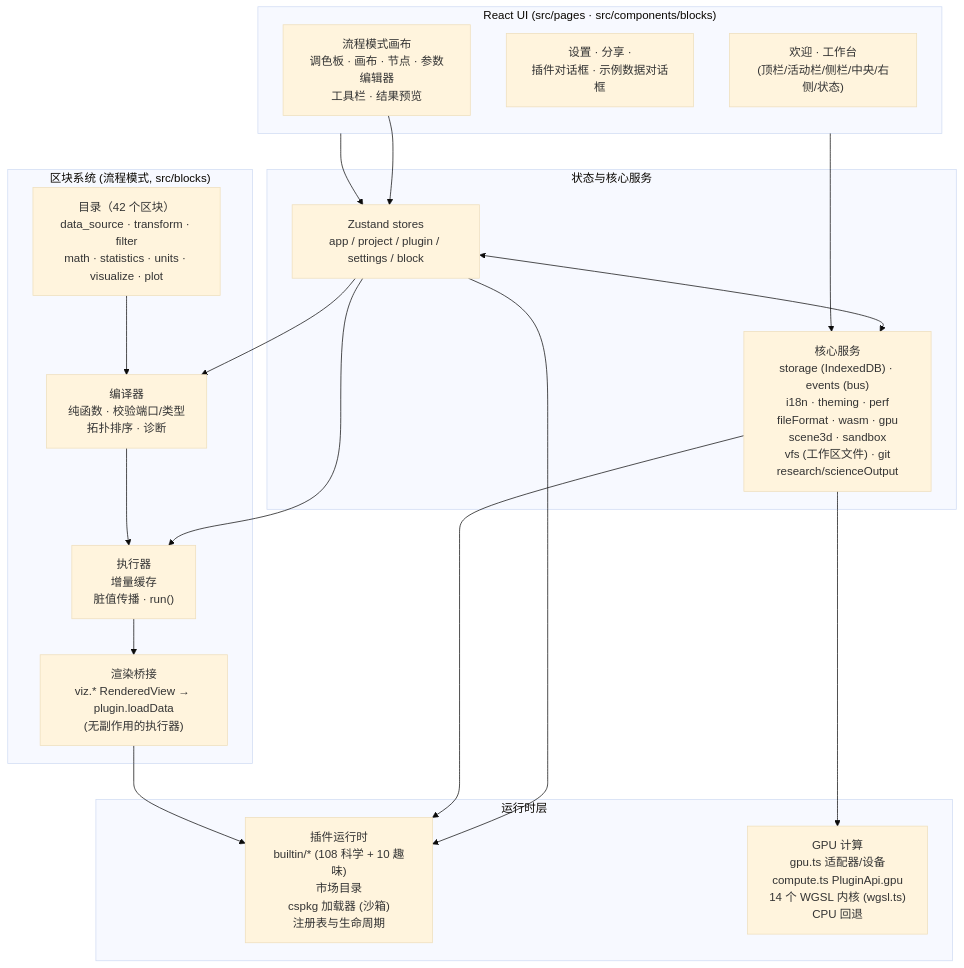
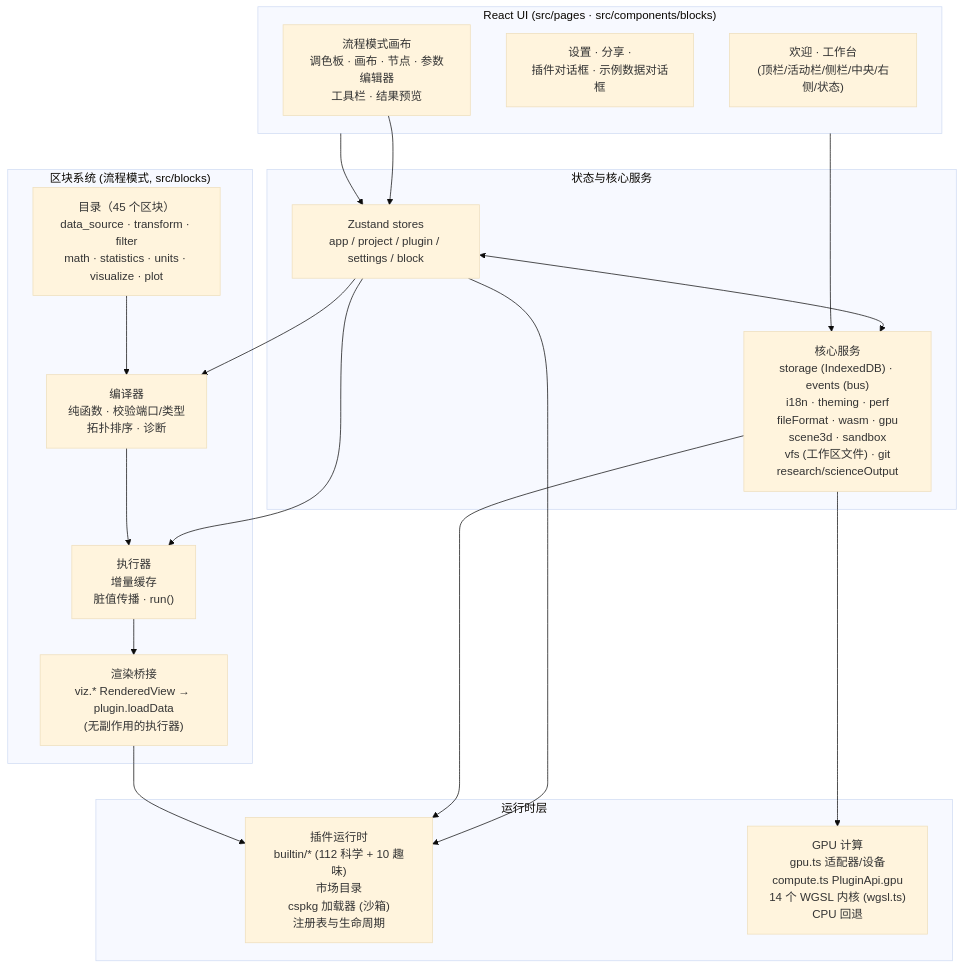
One commit to SnowLeopard-io/ErgalicsStudio changed the diagram in README.zh-CN.md. Above: the diagram before and after it, drawn with Mermaid (base theme). The commit also changed other lines of this file and 33 other files, not shown here.

````diff
--- a/README.zh-CN.md
+++ b/README.zh-CN.md
@@ -172,39 +172,39 @@
 ```mermaid
 flowchart TB
     subgraph UI["React UI (src/pages · src/components/blocks)"]
         A1["欢迎 · 工作台<br/>(顶栏/活动栏/侧栏/中央/右侧/状态)"]
         A2["设置 · 分享 ·<br/>插件对话框 · 示例数据对话框"]
         A3["流程模式画布<br/>调色板 · 画布 · 节点 · 参数编辑器<br/>工具栏 · 结果预览"]
     end
 
     subgraph State["状态与核心服务"]
         B1["Zustand stores<br/>app / project / plugin / settings / block"]
         B2["核心服务<br/>storage (IndexedDB) · events (bus)<br/>i18n · theming · perf<br/>fileFormat · wasm · gpu<br/>scene3d · sandbox<br/>vfs (工作区文件) · git<br/>research/scienceOutput"]
     end
 
     subgraph Blocks["区块系统 (流程模式, src/blocks)"]
-        D1["目录（42 个区块）<br/>data_source · transform · filter<br/>math · statistics · units · visualize · plot"]
+        D1["目录（45 个区块）<br/>data_source · transform · filter<br/>math · statistics · units · visualize · plot"]
         D2["编译器<br/>纯函数 · 校验端口/类型<br/>拓扑排序 · 诊断"]
         D3["执行器<br/>增量缓存<br/>脏值传播 · run()"]
         D4["渲染桥接<br/>viz.* RenderedView → plugin.loadData<br/>(无副作用的执行器)"]
     end
 
     subgraph Runtime["运行时层"]
-        C1["插件运行时<br/>builtin/* (108 科学 + 10 趣味)<br/>市场目录<br/>cspkg 加载器 (沙箱)<br/>注册表与生命周期"]
+        C1["插件运行时<br/>builtin/* (112 科学 + 10 趣味)<br/>市场目录<br/>cspkg 加载器 (沙箱)<br/>注册表与生命周期"]
         C2["GPU 计算<br/>gpu.ts 适配器/设备<br/>compute.ts PluginApi.gpu<br/>14 个 WGSL 内核 (wgsl.ts)<br/>CPU 回退"]
     end
 
     UI --> B1
     UI --> B2
     B1 <--> B2
     B1 --> C1
     B2 --> C1
     B2 --> C2
     A3 --> B1
     B1 --> D2
     B1 --> D3
     D2 --> D3
     D1 --> D2
     D3 --> D4
     D4 --> C1
 ```
````
